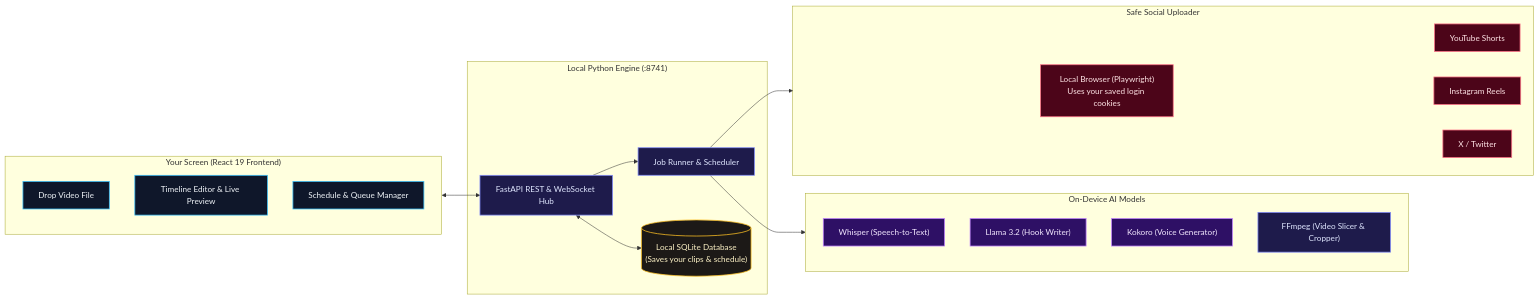
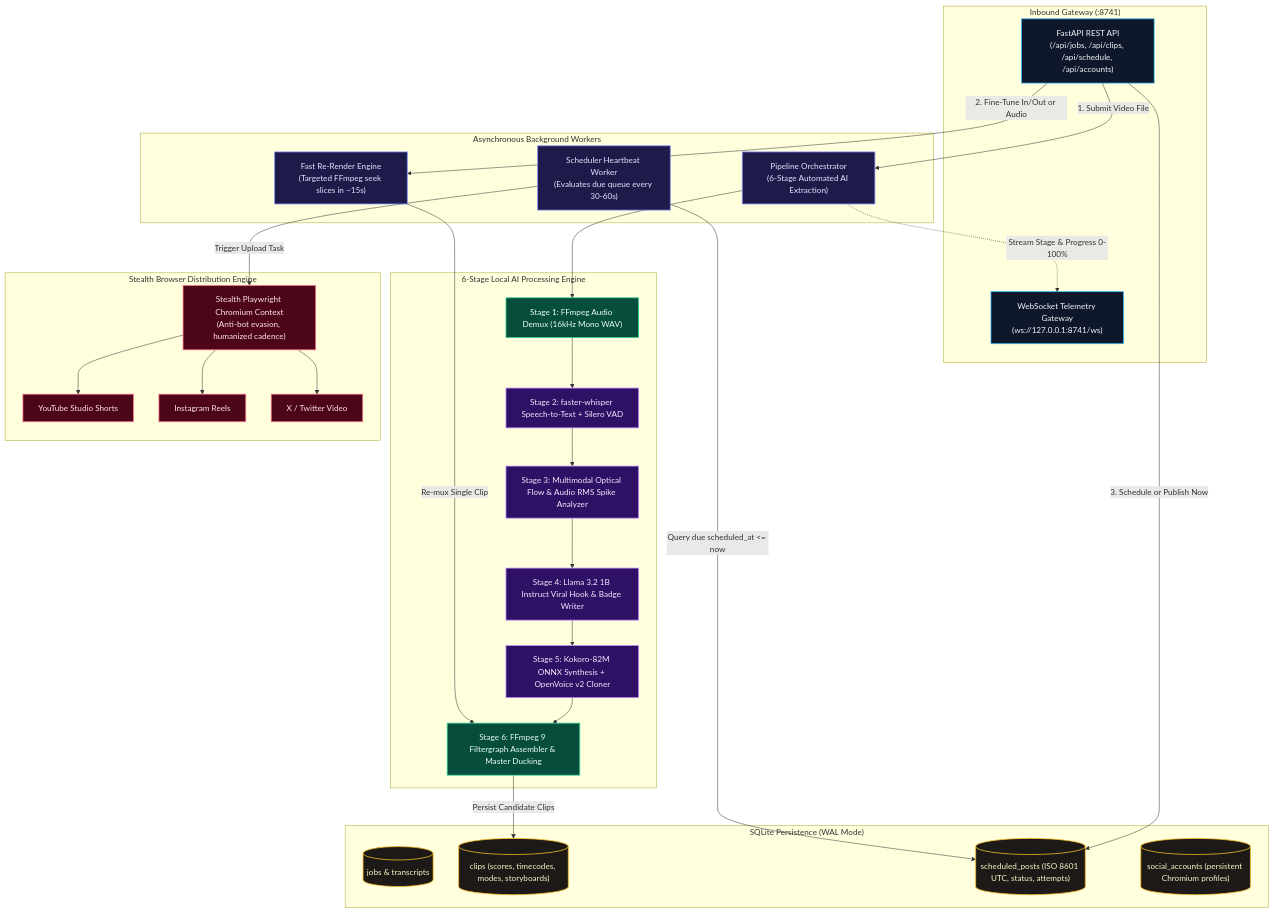
Before and after one commit to DivyamJoshi2005/Alfred: the second of 9 diagrams in README.md, drawn with Mermaid. The commit also changed other lines of this file and 1 other file, not shown here.

Commit message:
docs: enrich READMEs with complete technical depth, clear human explanations, and styled Mermaid diagrams

````diff
--- a/README.md
+++ b/README.md
@@ -87,43 +126,58 @@
 ```mermaid
-flowchart LR
-    classDef frontend fill:#0f172a,stroke:#38bdf8,stroke-width:1.5px,color:#f1f5f9;
-    classDef server fill:#1e1b4b,stroke:#818cf8,stroke-width:1.5px,color:#e0e7ff;
+flowchart TD
+    classDef gateway fill:#0f172a,stroke:#38bdf8,stroke-width:1.5px,color:#f1f5f9;
+    classDef worker fill:#1e1b4b,stroke:#818cf8,stroke-width:1.5px,color:#e0e7ff;
     classDef ai fill:#2e1065,stroke:#c084fc,stroke-width:1.5px,color:#f3e8ff;
+    classDef media fill:#064e3b,stroke:#34d399,stroke-width:1.5px,color:#ecfdf5;
     classDef db fill:#1c1917,stroke:#fbbf24,stroke-width:1.5px,color:#fef3c7;
     classDef social fill:#4c0519,stroke:#fb7185,stroke-width:1.5px,color:#ffe4e6;
 
-    subgraph ClientApp ["Your Screen (React 19 Frontend)"]
-        UI_Process["Drop Video File"]:::frontend
-        UI_Review["Timeline Editor & Live Preview"]:::frontend
-        UI_Calendar["Schedule & Queue Manager"]:::frontend
+    subgraph Inbound ["Inbound Gateway (:8741)"]
+        HTTP["FastAPI REST API\n(/api/jobs, /api/clips, /api/schedule, /api/accounts)"]:::gateway
+        WS["WebSocket Telemetry Gateway\n(ws://127.0.0.1:8741/ws)"]:::gateway
     end
 
-    subgraph BackendDaemon ["Local Python Engine (:8741)"]
-        API["FastAPI REST & WebSocket Hub"]:::server
-        Worker["Job Runner & Scheduler"]:::server
-        DB[("Local SQLite Database\n(Saves your clips & schedule)")]:::db
+    subgraph Workers ["Asynchronous Background Workers"]
+        Orchestrator["Pipeline Orchestrator\n(6-Stage Automated AI Extraction)"]:::worker
+        ReRenderer["Fast Re-Render Engine\n(Targeted FFmpeg seek slices in ~15s)"]:::worker
+        Dispatcher["Scheduler Heartbeat Worker\n(Evaluates due queue every 30-60s)"]:::worker
     end
 
-    subgraph LocalAI ["On-Device AI Models"]
-        Whisper["Whisper (Speech-to-Text)"]:::ai
-        Llama["Llama 3.2 (Hook Writer)"]:::ai
-        Kokoro["Kokoro (Voice Generator)"]:::ai
-        FFmpeg["FFmpeg (Video Slicer & Cropper)"]:::server
+    subgraph PipelineStages ["6-Stage Local AI Processing Engine"]
+        S1["Stage 1: FFmpeg Audio Demux (16kHz Mono WAV)"]:::media
+        S2["Stage 2: faster-whisper Speech-to-Text + Silero VAD"]:::ai
+        S3["Stage 3: Multimodal Optical Flow & Audio RMS Spike Analyzer"]:::ai
+        S4["Stage 4: Llama 3.2 1B Instruct Viral Hook & Badge Writer"]:::ai
+        S5["Stage 5: Kokoro-82M ONNX Synthesis + OpenVoice v2 Cloner"]:::ai
+        S6["Stage 6: FFmpeg 9 Filtergraph Assembler & Master Ducking"]:::media
     end
 
-    subgraph BrowserEngine ["Safe Social Uploader"]
-        Playwright["Local Browser (Playwright)\nUses your saved login cookies"]:::social
-        YouTube["YouTube Shorts"]:::social
-        Instagram["Instagram Reels"]:::social
-        Twitter["X / Twitter"]:::social
+    subgraph Storage ["SQLite Persistence (WAL Mode)"]
+        T_Jobs[("jobs & transcripts")]:::db
+        T_Clips[("clips (scores, timecodes, modes, storyboards)")]:::db
+        T_Schedule[("scheduled_posts (ISO 8601 UTC, status, attempts)")]:::db
+        T_Accounts[("social_accounts (persistent Chromium profiles)")]:::db
     end
 
-    ClientApp <--> API
-    API <--> DB
-    API --> Worker
-    Worker --> LocalAI
-    Worker --> BrowserEngine
-    BrowserEngine --> YouTube
-    BrowserEngine --> Instagram
-    BrowserEngine --> Twitter
+    subgraph DistributionEngine ["Stealth Browser Distribution Engine"]
+        Playwright["Stealth Playwright Chromium Context\n(Anti-bot evasion, humanized cadence)"]:::social
+        YouTube["YouTube Studio Shorts"]:::social
+        Instagram["Instagram Reels"]:::social
+        Twitter["X / Twitter Video"]:::social
+    end
+
+    HTTP -->|1. Submit Video File| Orchestrator
+    HTTP -->|2. Fine-Tune In/Out or Audio| ReRenderer
+    HTTP -->|3. Schedule or Publish Now| T_Schedule
+
+    Orchestrator --> S1 --> S2 --> S3 --> S4 --> S5 --> S6
+    S6 -->|Persist Candidate Clips| T_Clips
+    ReRenderer -->|Re-mux Single Clip| S6
+
+    Orchestrator -.->|Stream Stage & Progress 0-100%| WS
+    Dispatcher -->|Query due scheduled_at <= now| T_Schedule
+    Dispatcher -->|Trigger Upload Task| Playwright
+    Playwright --> YouTube
+    Playwright --> Instagram
+    Playwright --> Twitter
 ```
````
